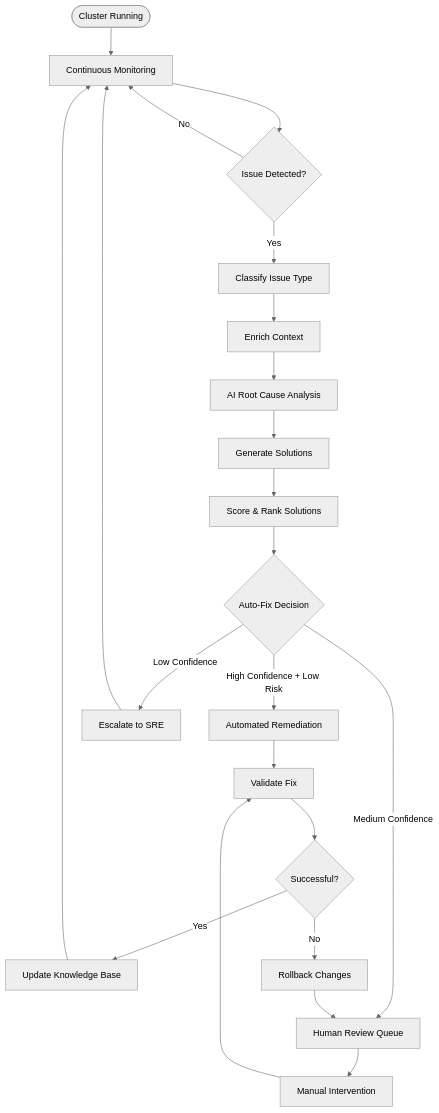
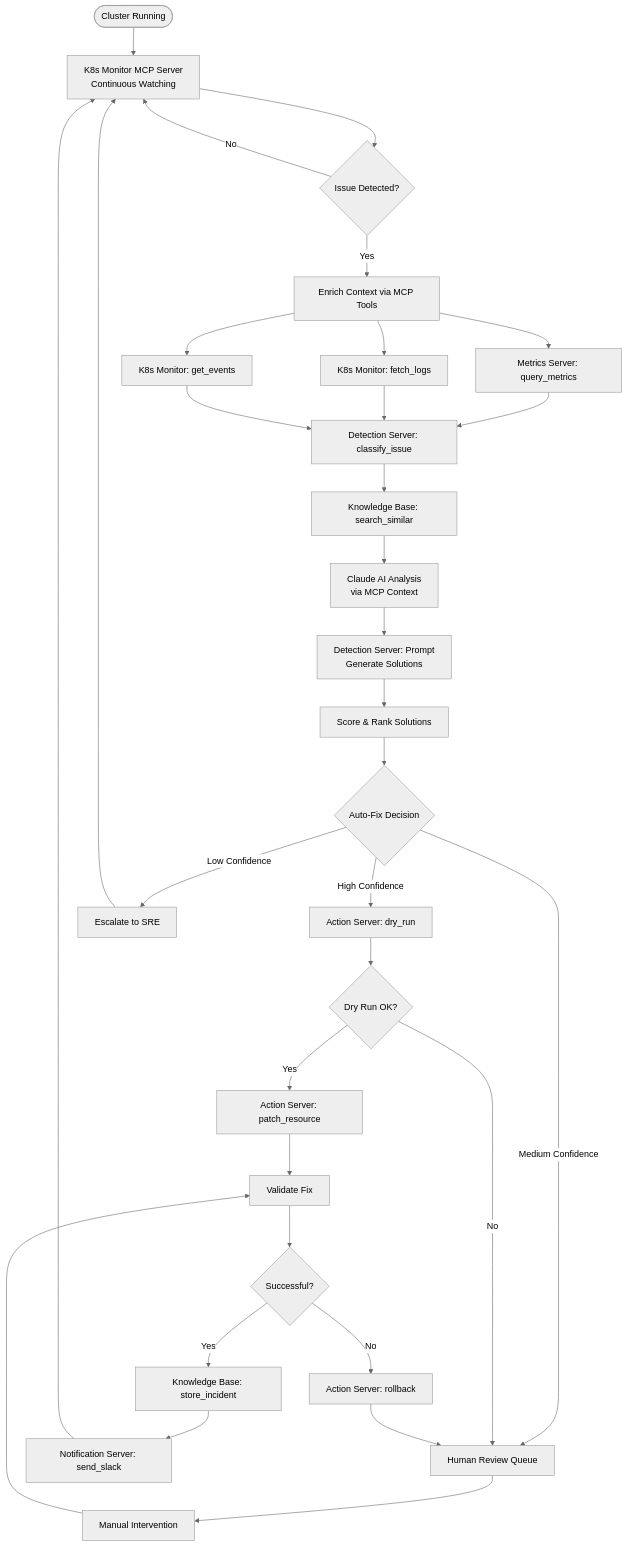
One commit to ravindra-lakal/KubeSage changed the third of 24 diagrams in WORKFLOW.md. Above: the diagram before and after it, drawn with Mermaid (neutral theme). The commit also changed other lines of this file and 7 other files, not shown here.

````diff
--- a/WORKFLOW.md
+++ b/WORKFLOW.md
@@ -41,29 +119,43 @@
 ```mermaid
 graph TB
-    Start([Cluster Running]) --> Monitor[Continuous Monitoring]
+    Start([Cluster Running]) --> Monitor[K8s Monitor MCP Server<br/>Continuous Watching]
     Monitor --> Detect{Issue Detected?}
     Detect -->|No| Monitor
-    Detect -->|Yes| Classify[Classify Issue Type]
+    Detect -->|Yes| Enrich[Enrich Context via MCP Tools]
     
-    Classify --> Enrich[Enrich Context]
-    Enrich --> Analyze[AI Root Cause Analysis]
-    Analyze --> Generate[Generate Solutions]
+    Enrich --> CallMetrics[Metrics Server: query_metrics]
+    Enrich --> CallLogs[K8s Monitor: fetch_logs]
+    Enrich --> CallEvents[K8s Monitor: get_events]
+    
+    CallMetrics --> Classify[Detection Server: classify_issue]
+    CallLogs --> Classify
+    CallEvents --> Classify
+    
+    Classify --> SearchKB[Knowledge Base: search_similar]
+    SearchKB --> AIAnalysis[Claude AI Analysis<br/>via MCP Context]
+    
+    AIAnalysis --> Generate[Detection Server: Prompt<br/>Generate Solutions]
     Generate --> Score[Score & Rank Solutions]
     
     Score --> Decide{Auto-Fix Decision}
-    Decide -->|High Confidence + Low Risk| AutoFix[Automated Remediation]
+    Decide -->|High Confidence| DryRun[Action Server: dry_run]
     Decide -->|Medium Confidence| Review[Human Review Queue]
     Decide -->|Low Confidence| Escalate[Escalate to SRE]
+    
+    DryRun --> Success{Dry Run OK?}
+    Success -->|Yes| AutoFix[Action Server: patch_resource]
+    Success -->|No| Review
     
     AutoFix --> Validate[Validate Fix]
     Review --> Manual[Manual Intervention]
     Manual --> Validate
     
-    Validate --> Success{Successful?}
-    Success -->|Yes| Learn[Update Knowledge Base]
-    Success -->|No| Rollback[Rollback Changes]
+    Validate --> ValidSuccess{Successful?}
+    ValidSuccess -->|Yes| StoreKB[Knowledge Base: store_incident]
+    ValidSuccess -->|No| Rollback[Action Server: rollback]
     
     Rollback --> Review
-    Learn --> Monitor
+    StoreKB --> Notify[Notification Server: send_slack]
+    Notify --> Monitor
     Escalate --> Monitor
 ```
````
